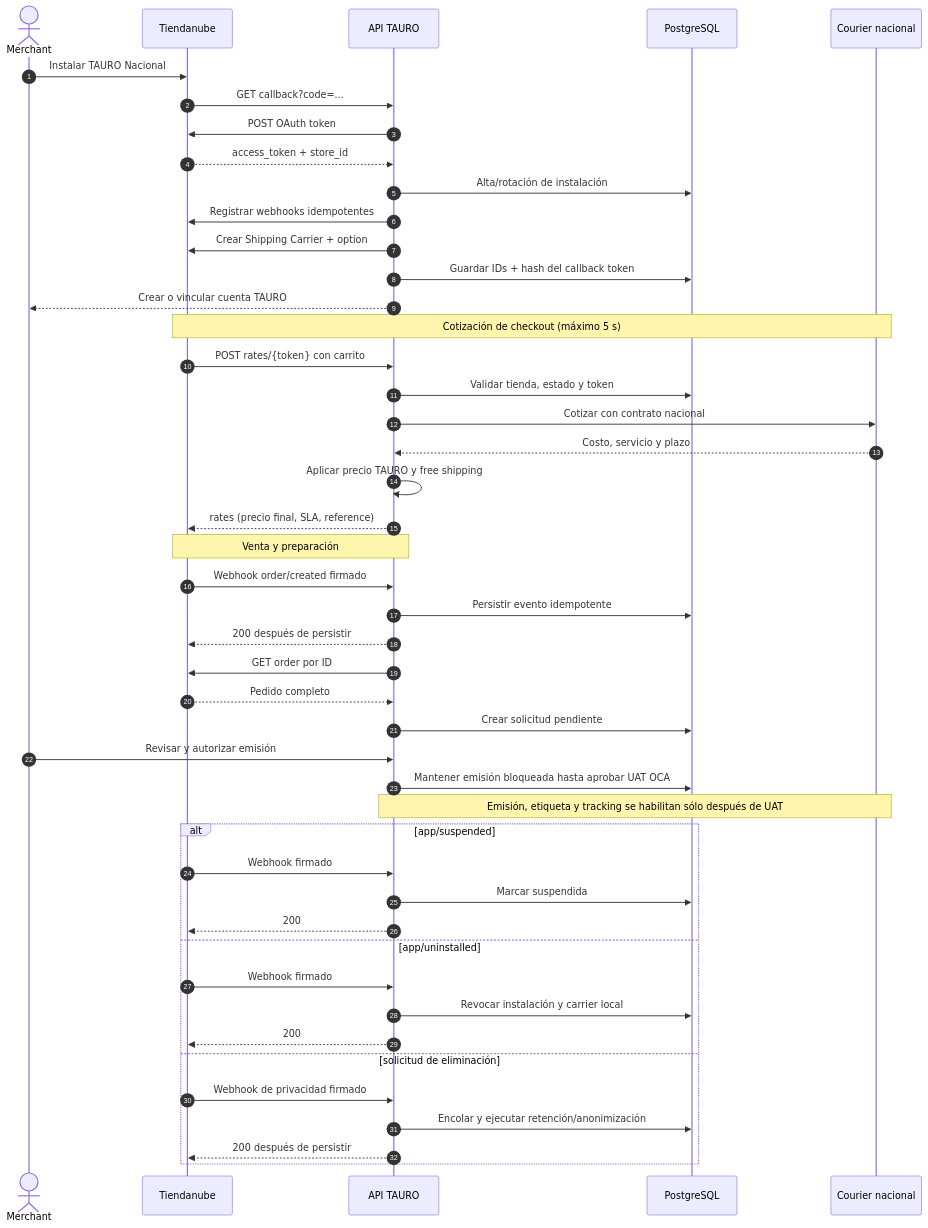
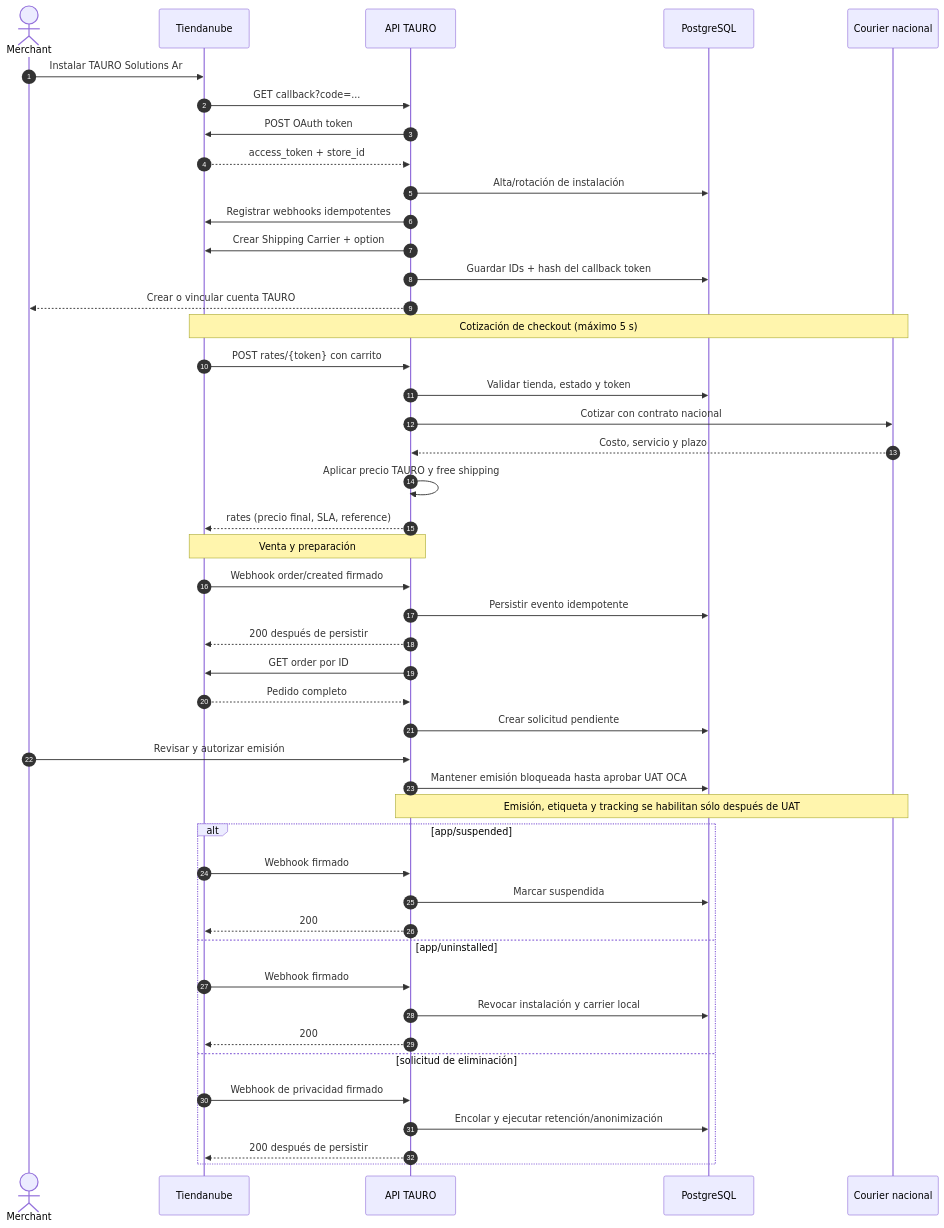
Before and after one commit to leandrormollo-boop/tauro-api: the diagram in docs/tiendanube/SEQUENCE_DIAGRAM.md, drawn with Mermaid. The commit also changed other lines of this file and 16 other files, not shown here.

Commit message:
fix: align Tiendanube branding with TAURO Solutions Ar

````diff
--- a/docs/tiendanube/SEQUENCE_DIAGRAM.md
+++ b/docs/tiendanube/SEQUENCE_DIAGRAM.md
@@ -6,52 +6,52 @@
 ```mermaid
 sequenceDiagram
     autonumber
     actor M as Merchant
     participant TN as Tiendanube
     participant API as API TAURO
     participant DB as PostgreSQL
     participant C as Courier nacional
 
-    M->>TN: Instalar TAURO Nacional
+    M->>TN: Instalar TAURO Solutions Ar
     TN->>API: GET callback?code=...
     API->>TN: POST OAuth token
     TN-->>API: access_token + store_id
     API->>DB: Alta/rotación de instalación
     API->>TN: Registrar webhooks idempotentes
     API->>TN: Crear Shipping Carrier + option
     API->>DB: Guardar IDs + hash del callback token
     API-->>M: Crear o vincular cuenta TAURO
 
     Note over TN,C: Cotización de checkout (máximo 5 s)
     TN->>API: POST rates/{token} con carrito
     API->>DB: Validar tienda, estado y token
     API->>C: Cotizar con contrato nacional
     C-->>API: Costo, servicio y plazo
     API->>API: Aplicar precio TAURO y free shipping
     API-->>TN: rates (precio final, SLA, reference)
 
     Note over TN,API: Venta y preparación
     TN->>API: Webhook order/created firmado
     API->>DB: Persistir evento idempotente
     API-->>TN: 200 después de persistir
     API->>TN: GET order por ID
     TN-->>API: Pedido completo
     API->>DB: Crear solicitud pendiente
     M->>API: Revisar y autorizar emisión
     API->>DB: Mantener emisión bloqueada hasta aprobar UAT OCA
     Note over API,C: Emisión, etiqueta y tracking se habilitan sólo después de UAT
 
     alt app/suspended
         TN->>API: Webhook firmado
         API->>DB: Marcar suspendida
         API-->>TN: 200
     else app/uninstalled
         TN->>API: Webhook firmado
         API->>DB: Revocar instalación y carrier local
         API-->>TN: 200
     else solicitud de eliminación
         TN->>API: Webhook de privacidad firmado
         API->>DB: Encolar y ejecutar retención/anonimización
         API-->>TN: 200 después de persistir
     end
 ```
````
